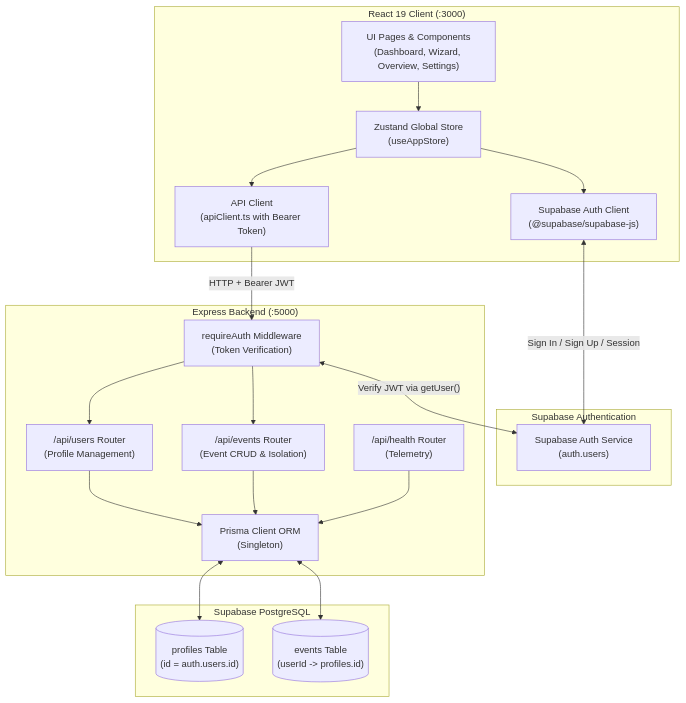
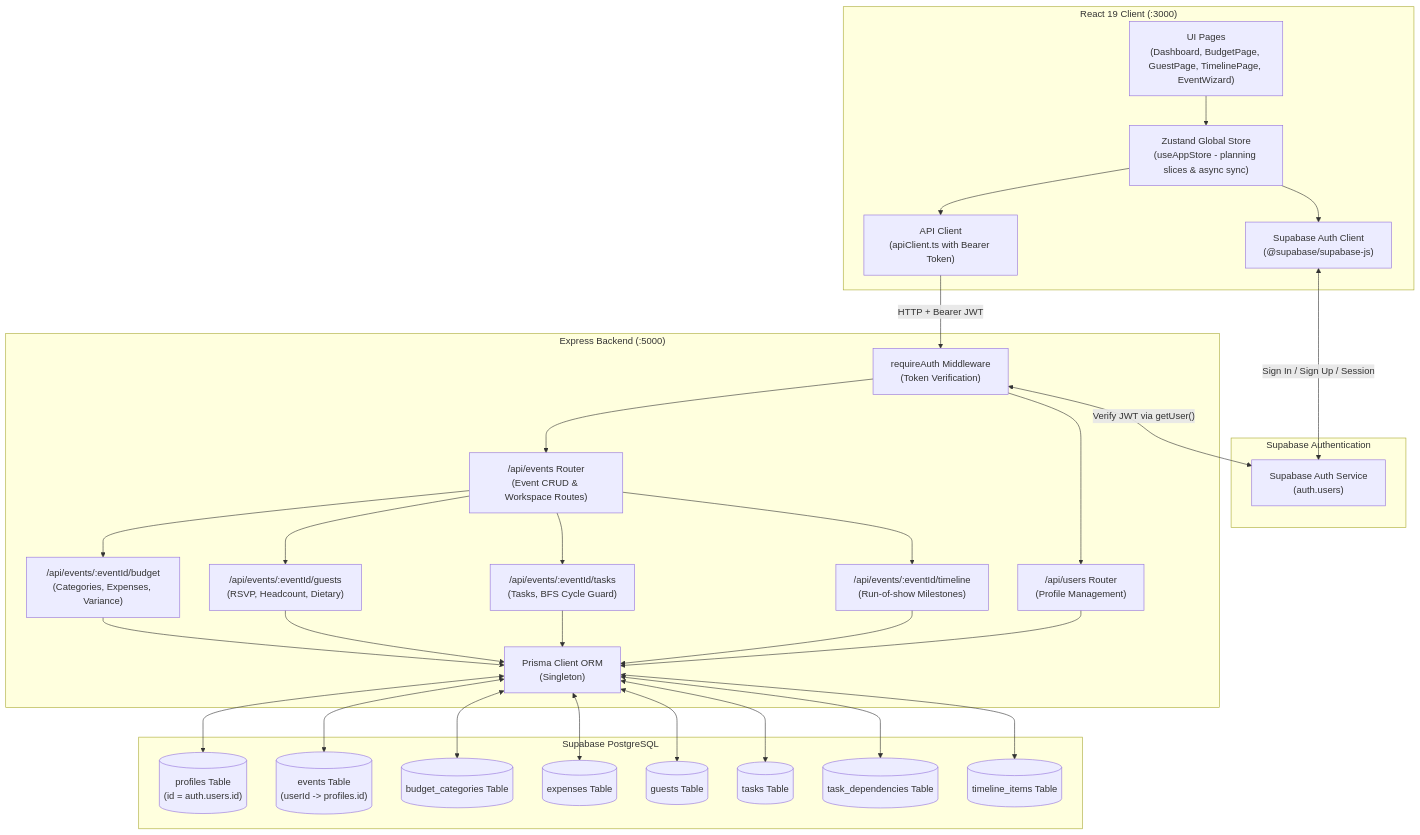
The diagram in docs/architecture.md (ZEESHAN0603/PromptWar), drawn with Mermaid before and after one commit. The commit also changed other lines of this file and 38 other files, not shown here.

Commit message:
Phase 3 Completed -- Budget, Guests & Timeline

````diff
--- a/docs/architecture.md
+++ b/docs/architecture.md
@@ -7,40 +7,61 @@
 ```mermaid
 flowchart TD
     subgraph Frontend["React 19 Client (:3000)"]
-        UI["UI Pages & Components\n(Dashboard, Wizard, Overview, Settings)"]
-        Store["Zustand Global Store\n(useAppStore)"]
+        UI["UI Pages\n(Dashboard, BudgetPage, GuestPage, TimelinePage, EventWizard)"]
+        Store["Zustand Global Store\n(useAppStore - planning slices & async sync)"]
         SupaClient["Supabase Auth Client\n(@supabase/supabase-js)"]
         APIClient["API Client\n(apiClient.ts with Bearer Token)"]
     end
 
     subgraph SupabaseAuth["Supabase Authentication"]
         AuthService["Supabase Auth Service\n(auth.users)"]
     end
 
     subgraph Backend["Express Backend (:5000)"]
         AuthMW["requireAuth Middleware\n(Token Verification)"]
         UserRouter["/api/users Router\n(Profile Management)"]
-        EventRouter["/api/events Router\n(Event CRUD & Isolation)"]
-        HealthRouter["/api/health Router\n(Telemetry)"]
+        EventRouter["/api/events Router\n(Event CRUD & Workspace Routes)"]
+        BudgetRouter["/api/events/:eventId/budget\n(Categories, Expenses, Variance)"]
+        GuestRouter["/api/events/:eventId/guests\n(RSVP, Headcount, Dietary)"]
+        TaskRouter["/api/events/:eventId/tasks\n(Tasks, BFS Cycle Guard)"]
+        TimelineRouter["/api/events/:eventId/timeline\n(Run-of-show Milestones)"]
         PrismaORM["Prisma Client ORM\n(Singleton)"]
     end
 
     subgraph Database["Supabase PostgreSQL"]
         ProfilesTable[("profiles Table\n(id = auth.users.id)")]
         EventsTable[("events Table\n(userId -> profiles.id)")]
+        CategoriesTable[("budget_categories Table")]
+        ExpensesTable[("expenses Table")]
+        GuestsTable[("guests Table")]
+        TasksTable[("tasks Table")]
+        DependenciesTable[("task_dependencies Table")]
+        TimelineTable[("timeline_items Table")]
     end
 
     UI --> Store
     Store --> SupaClient
     Store --> APIClient
     SupaClient <-->|"Sign In / Sign Up / Session"| AuthService
     APIClient -->|"HTTP + Bearer JWT"| AuthMW
     AuthMW <-->|"Verify JWT via getUser()"| AuthService
     AuthMW --> UserRouter
     AuthMW --> EventRouter
+    EventRouter --> BudgetRouter
+    EventRouter --> GuestRouter
+    EventRouter --> TaskRouter
+    EventRouter --> TimelineRouter
+    BudgetRouter --> PrismaORM
+    GuestRouter --> PrismaORM
+    TaskRouter --> PrismaORM
+    TimelineRouter --> PrismaORM
     UserRouter --> PrismaORM
-    EventRouter --> PrismaORM
-    HealthRouter --> PrismaORM
     PrismaORM <--> ProfilesTable
     PrismaORM <--> EventsTable
+    PrismaORM <--> CategoriesTable
+    PrismaORM <--> ExpensesTable
+    PrismaORM <--> GuestsTable
+    PrismaORM <--> TasksTable
+    PrismaORM <--> DependenciesTable
+    PrismaORM <--> TimelineTable
 ```
````
